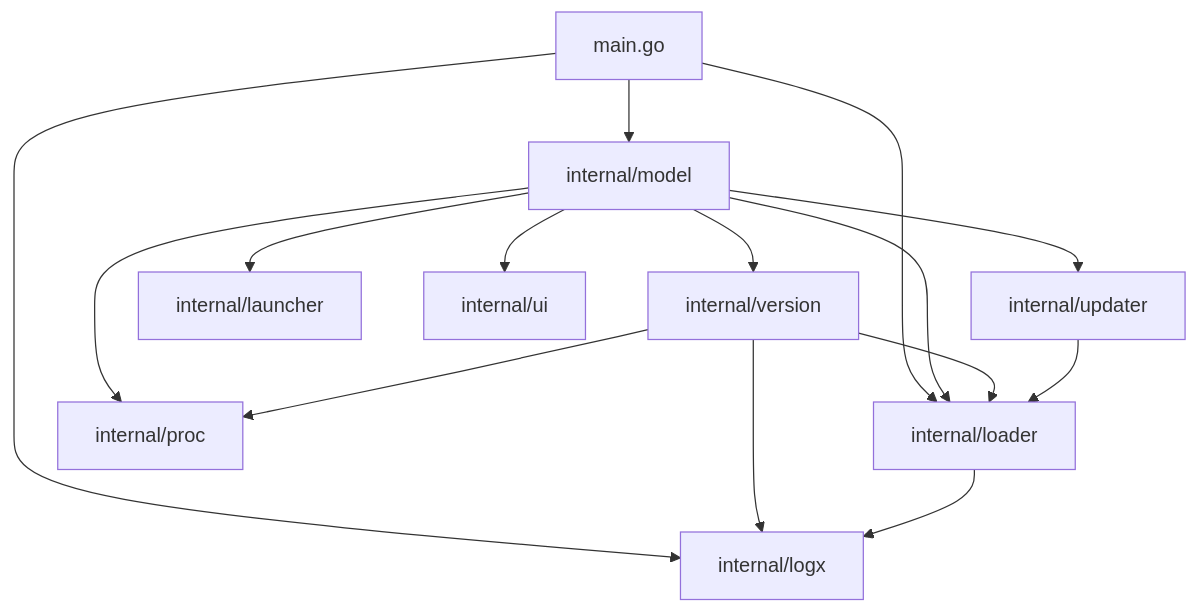
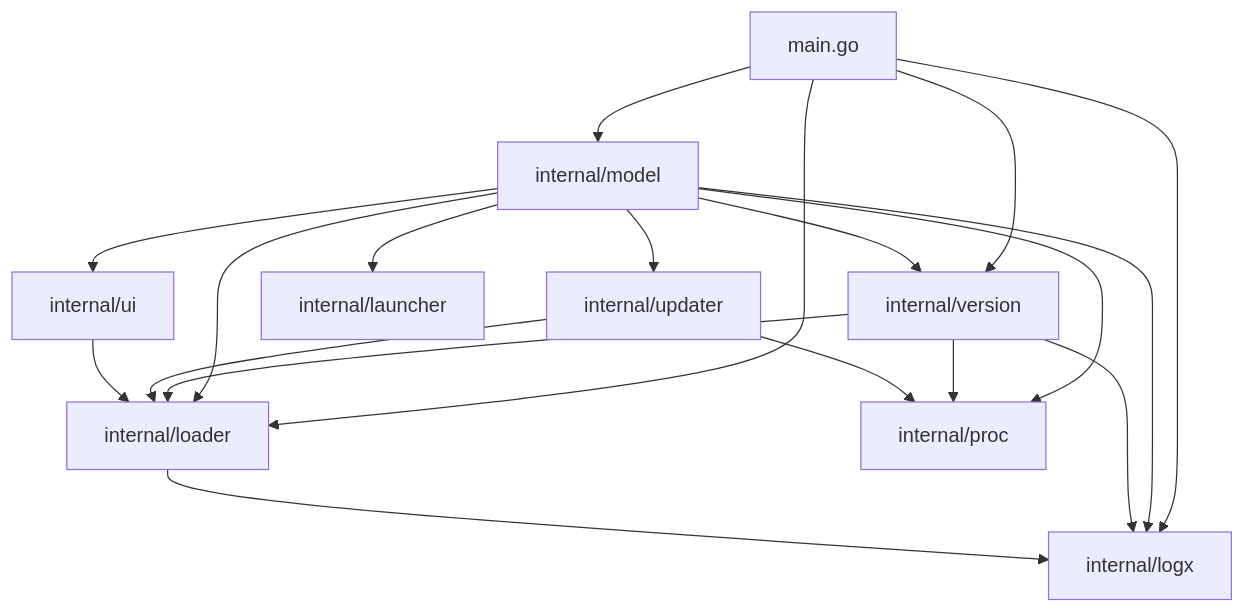
The diagram in ARCHITECTURE.md (stanlyzoolo/keeptui), drawn with Mermaid before and after one commit. The commit also changed other lines of this file and 2 other files, not shown here.

````diff
--- a/ARCHITECTURE.md
+++ b/ARCHITECTURE.md
@@ -12,17 +12,21 @@
 ```mermaid
 graph TD
     main[main.go] --> model
     main --> loader
     main --> logx
+    main --> version
     model[internal/model] --> loader[internal/loader]
     model --> version[internal/version]
     model --> updater[internal/updater]
     model --> launcher[internal/launcher]
     model --> ui[internal/ui]
     model --> proc[internal/proc]
+    model --> logx
     version --> loader
     version --> logx[internal/logx]
     version --> proc
     updater --> loader
+    updater --> proc
+    ui --> loader
     loader --> logx
 ```
````
